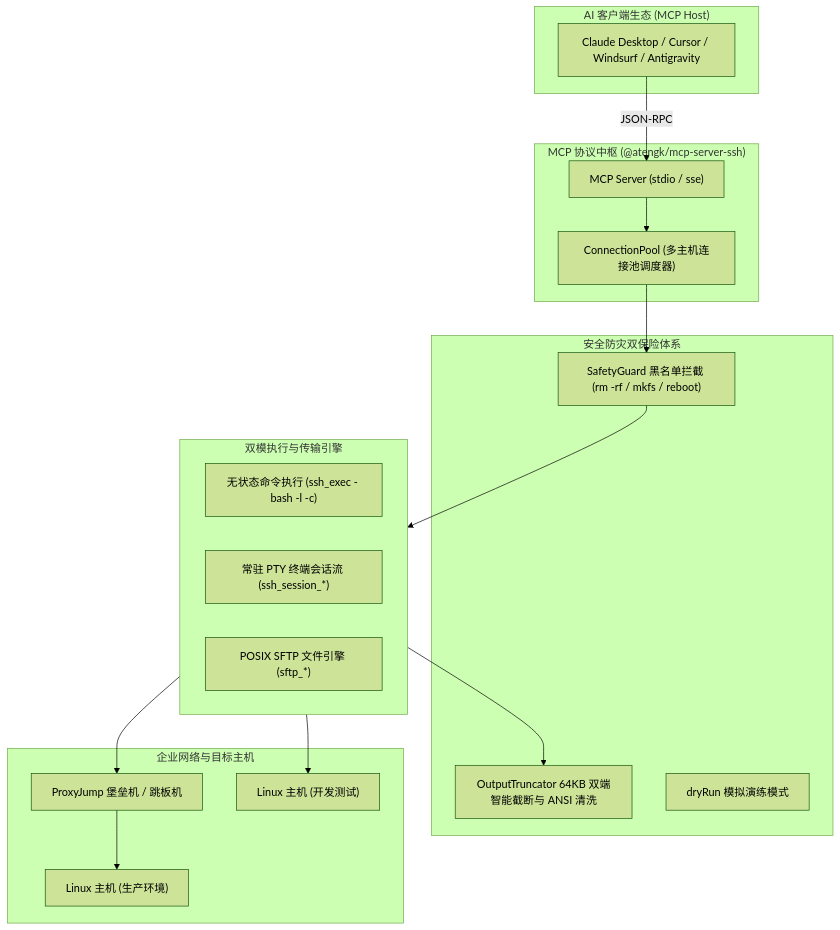
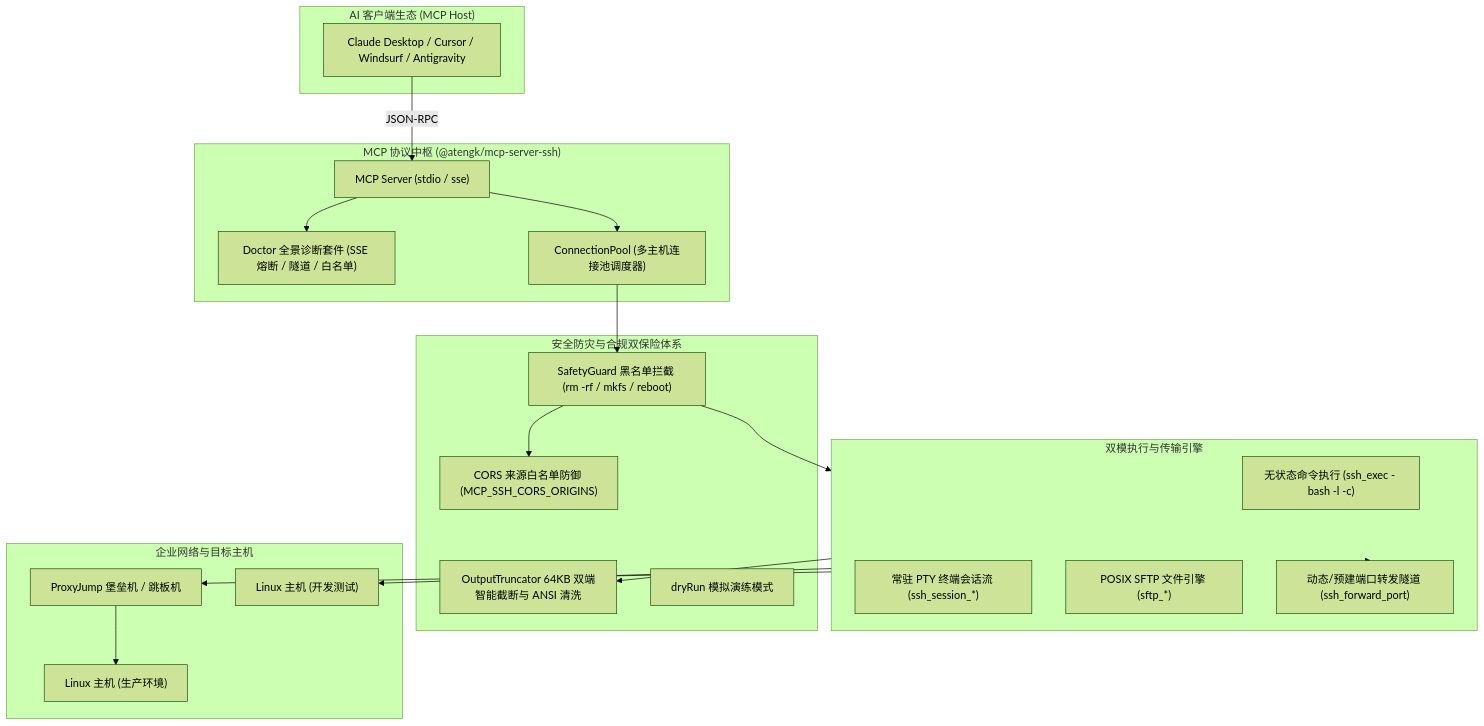
The diagram in docs/servers/cloud/ssh.md (atengk/Ateng-MCP), drawn with Mermaid (forest theme) before and after one commit. The commit also changed other lines of this file and 12 other files, not shown here.

````diff
--- a/docs/servers/cloud/ssh.md
+++ b/docs/servers/cloud/ssh.md
@@ -16,38 +16,43 @@
 ```mermaid
 flowchart TD
     subgraph ClientSide ["AI 客户端生态 (MCP Host)"]
         Client["Claude Desktop / Cursor / Windsurf / Antigravity"]
     end
 
     subgraph ProtocolLayer ["MCP 协议中枢 (@atengk/mcp-server-ssh)"]
         Server["MCP Server (stdio / sse)"]
+        Doctor["Doctor 全景诊断套件 (SSE 熔断 / 隧道 / 白名单)"]
         Pool["ConnectionPool (多主机连接池调度器)"]
     end
 
     subgraph DualEngine ["双模执行与传输引擎"]
         Exec["无状态命令执行 (ssh_exec - bash -l -c)"]
         Session["常驻 PTY 终端会话流 (ssh_session_*)"]
         SFTP["POSIX SFTP 文件引擎 (sftp_*)"]
+        Tunnel["动态/预建端口转发隧道 (ssh_forward_port)"]
     end
 
-    subgraph GuardLayer ["安全防灾双保险体系"]
+    subgraph GuardLayer ["安全防灾与合规双保险体系"]
         Safety["SafetyGuard 黑名单拦截 (rm -rf / mkfs / reboot)"]
+        Cors["CORS 来源白名单防御 (MCP_SSH_CORS_ORIGINS)"]
         Truncate["OutputTruncator 64KB 双端智能截断与 ANSI 清洗"]
         DryRun["dryRun 模拟演练模式"]
     end
 
     subgraph NetworkTopology ["企业网络与目标主机"]
         Bastion["ProxyJump 堡垒机 / 跳板机"]
         Host1["Linux 主机 (生产环境)"]
         Host2["Linux 主机 (开发测试)"]
     end
 
     Client -->|JSON-RPC| Server
+    Server --> Doctor
     Server --> Pool
-    Pool --> Safety
+    Pool --> Safety --> Cors
     Safety --> DualEngine
     DualEngine --> Truncate
     DualEngine --> Bastion
     Bastion --> Host1
     DualEngine --> Host2
+    DualEngine --> Tunnel
 ```
````
